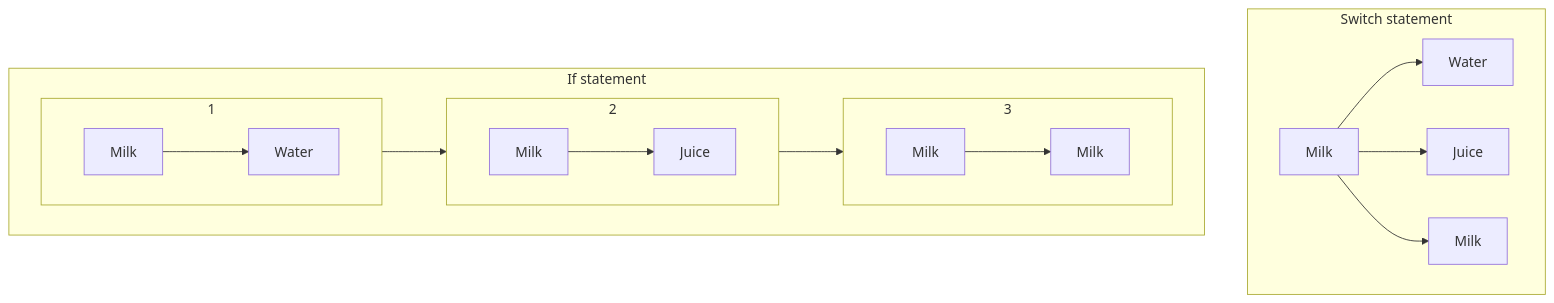
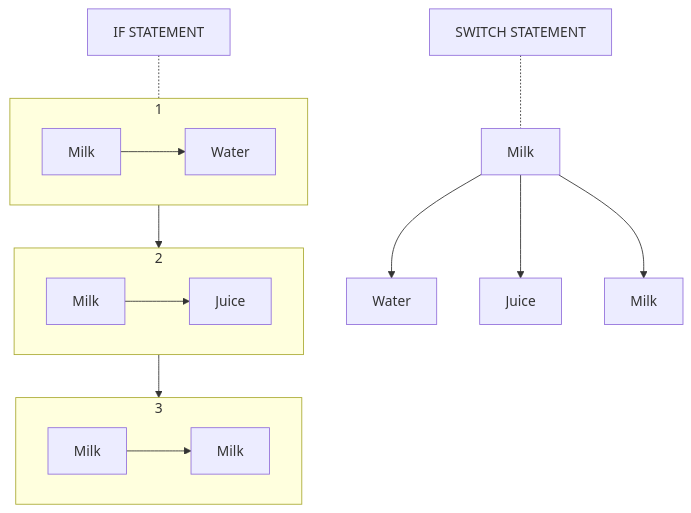
The diagram in blog/contents/csharp-9-features.md (rnielikki/blog-contents), drawn with Mermaid before and after one commit. The commit also changed other lines of this file and 1 other file, not shown here.

Commit message:
Mermaid fix, +Blazor line change, about C#9 fix

````diff
--- a/blog/contents/csharp-9-features.md
+++ b/blog/contents/csharp-9-features.md
@@ -148,22 +149,22 @@
 ```mermaid
 flowchart TB
-  subgraph Switch statement
-    N[Milk]
-    N-->X[Water]
-    N-->Y[Juice]
-    N-->Z[Milk]
-    end
-  subgraph If statement
+title["IF STATEMENT"]
+title-.-1
     subgraph 1
       A[Milk]-->Water
     end
     subgraph 2
       B[Milk]-->Juice
     end
   subgraph 3
       C[Milk]-->Milk
     end
     1-->2
     2-->3
-  end
+    title2["SWITCH STATEMENT"]
+    title2-.-N
+    N[Milk]
+    N-->X[Water]
+    N-->Y[Juice]
+    N-->Z[Milk]
 ```
````
